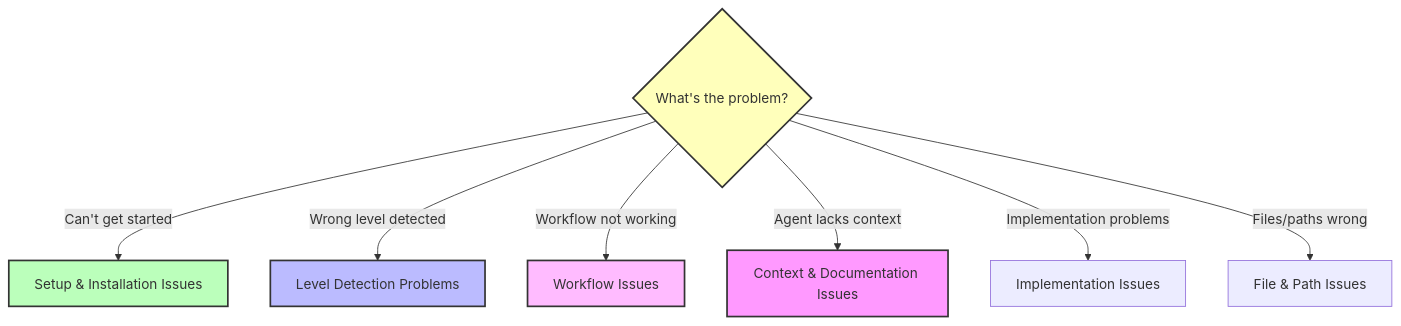
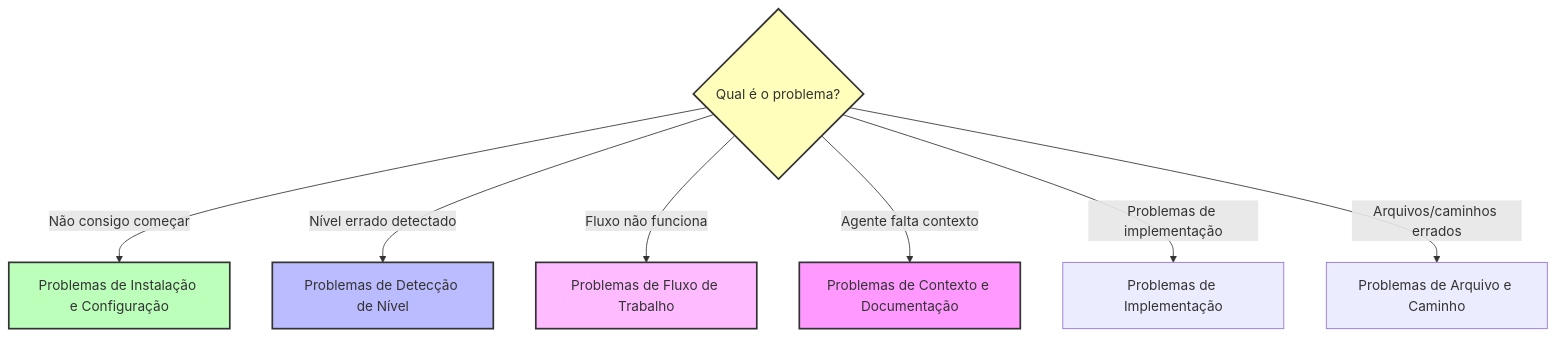
Before and after one commit to helton-godoy/template-bmad: the diagram in _bmad/bmm/docs/troubleshooting_pt-br.md, drawn with Mermaid. The commit also changed other lines of this file and 11 other files, not shown here.

````diff
--- a/_bmad/bmm/docs/troubleshooting_pt-br.md
+++ b/_bmad/bmm/docs/troubleshooting_pt-br.md
@@ -11,18 +11,17 @@
 ```mermaid
 flowchart TD
-    START{What's the problem?}
+    START{Qual é o problema?}
 
-    START -->|Can't get started| SETUP[Setup & Installation Issues]
-    START -->|Wrong level detected| LEVEL[Level Detection Problems]
-    START -->|Workflow not working| WORKFLOW[Workflow Issues]
-    START -->|Agent lacks context| CONTEXT[Context & Documentation Issues]
-    START -->|Implementation problems| IMPL[Implementation Issues]
-    START -->|Files/paths wrong| FILES[File & Path Issues]
+    START -->|Não consigo começar| SETUP[Problemas de Instalação e Configuração]
+    START -->|Nível errado detectado| LEVEL[Problemas de Detecção de Nível]
+    START -->|Fluxo não funciona| WORKFLOW[Problemas de Fluxo de Trabalho]
+    START -->|Agente falta contexto| CONTEXT[Problemas de Contexto e Documentação]
+    START -->|Problemas de implementação| IMPL[Problemas de Implementação]
+    START -->|Arquivos/caminhos errados| FILES[Problemas de Arquivo e Caminho]
 
     style START fill:#ffb,stroke:#333,stroke-width:2px
     style SETUP fill:#bfb,stroke:#333,stroke-width:2px
     style LEVEL fill:#bbf,stroke:#333,stroke-width:2px
     style WORKFLOW fill:#fbf,stroke:#333,stroke-width:2px
     style CONTEXT fill:#f9f,stroke:#333,stroke-width:2px
-
 ```
````
